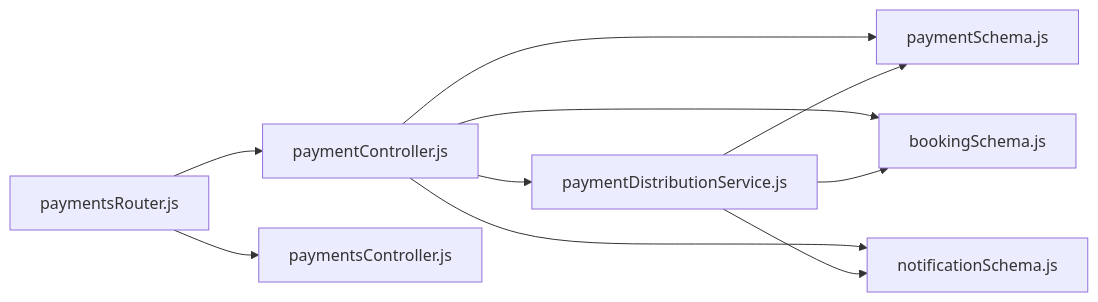
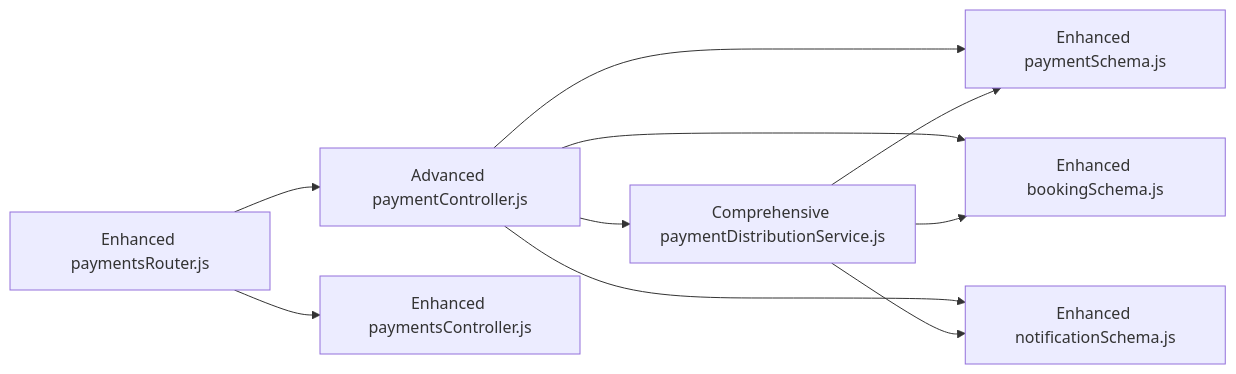
Before and after one commit to meghanamallela69-tech/event: the eighth of 8 diagrams in .qoder/repowiki/en/content/Booking and Payment System/Payment Processing System.md, drawn with Mermaid. The commit also changed other lines of this file and 63 other files, not shown here.

````diff
--- a/.qoder/repowiki/en/content/Booking and Payment System/Payment Processing System.md
+++ b/.qoder/repowiki/en/content/Booking and Payment System/Payment Processing System.md
@@ -429,12 +477,12 @@
 ```mermaid
 graph LR
-Router["paymentsRouter.js"] --> PaymentCtrl["paymentController.js"]
-Router --> PaymentsCtrl["paymentsController.js"]
-PaymentCtrl --> PaymentService["paymentDistributionService.js"]
-PaymentCtrl --> PaymentModel["paymentSchema.js"]
-PaymentCtrl --> BookingModel["bookingSchema.js"]
-PaymentCtrl --> NotificationModel["notificationSchema.js"]
+Router["Enhanced paymentsRouter.js"] --> PaymentCtrl["Advanced paymentController.js"]
+Router --> PaymentsCtrl["Enhanced paymentsController.js"]
+PaymentCtrl --> PaymentService["Comprehensive paymentDistributionService.js"]
+PaymentCtrl --> PaymentModel["Enhanced paymentSchema.js"]
+PaymentCtrl --> BookingModel["Enhanced bookingSchema.js"]
+PaymentCtrl --> NotificationModel["Enhanced notificationSchema.js"]
 PaymentService --> PaymentModel
 PaymentService --> BookingModel
 PaymentService --> NotificationModel
 ```
````
